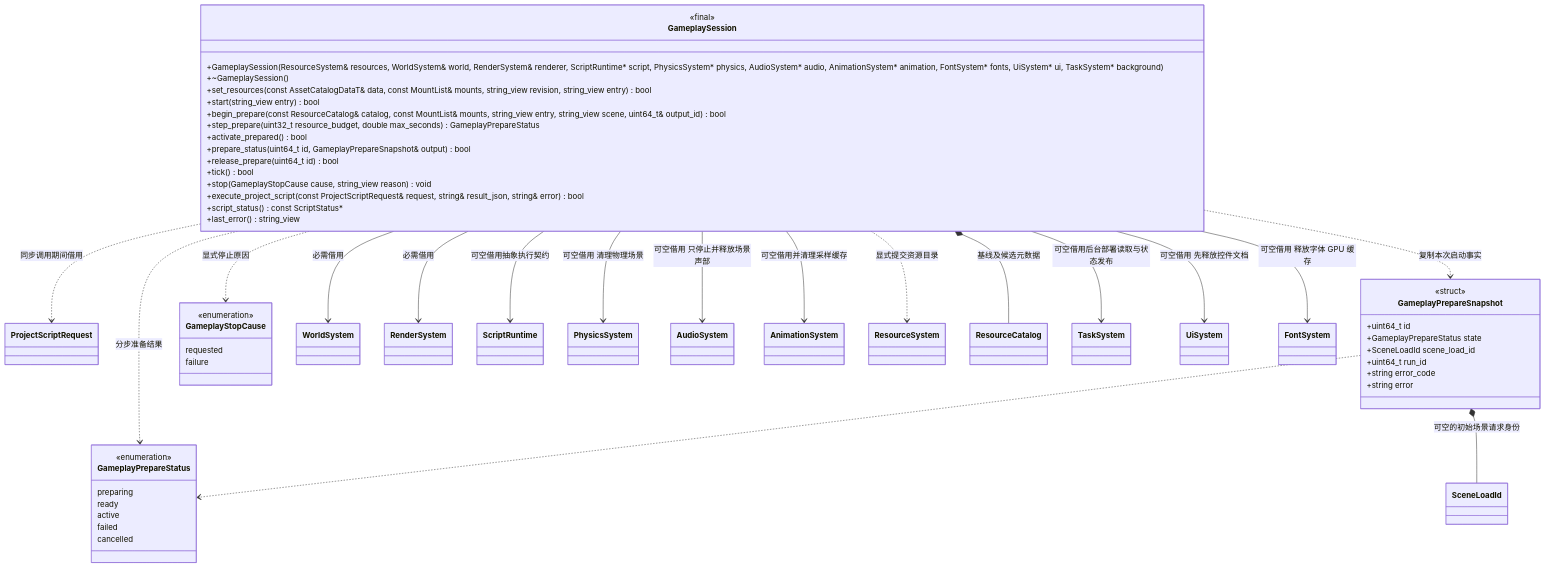
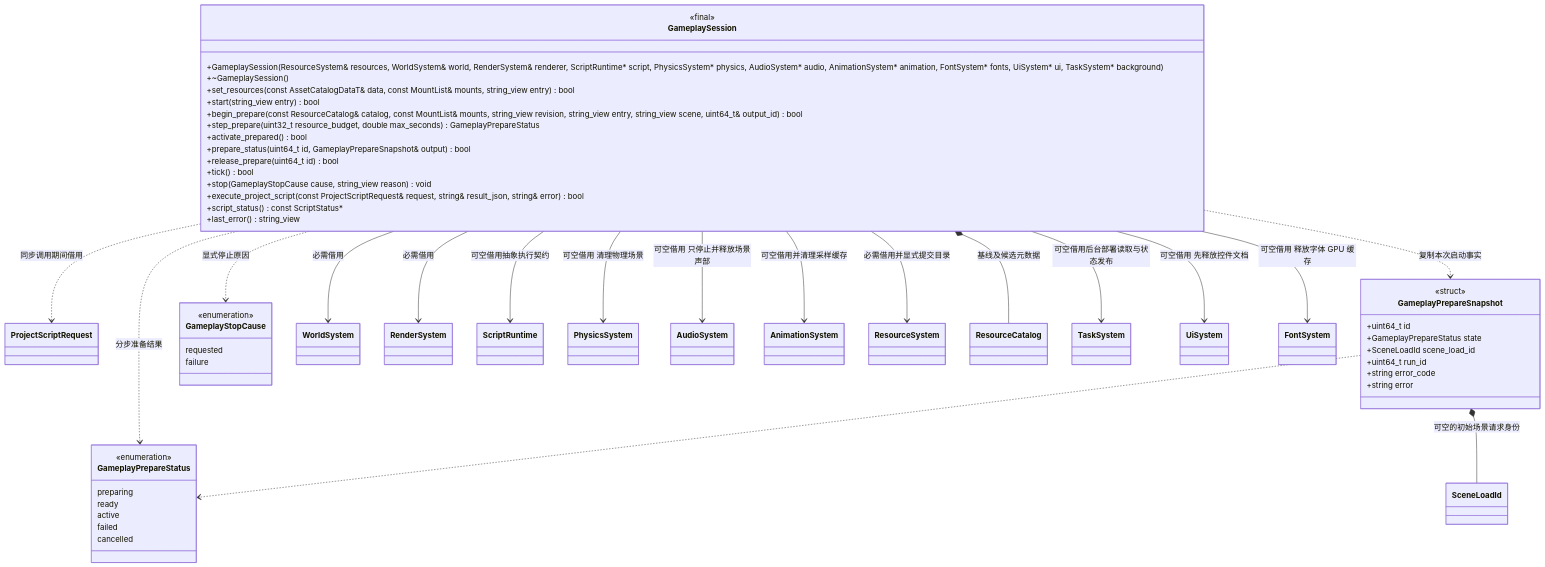
The first of 2 diagrams in docs/runtime/class-diagrams/gameplay-session.md (lcals/Engine), drawn with Mermaid before and after one commit. The commit also changed other lines of this file and 17 other files, not shown here.

````diff
--- a/docs/runtime/class-diagrams/gameplay-session.md
+++ b/docs/runtime/class-diagrams/gameplay-session.md
@@ -14,70 +14,70 @@
 ```mermaid
 classDiagram
     class ProjectScriptRequest
     GameplaySession ..> ProjectScriptRequest : 同步调用期间借用
     class GameplaySession {
         <<final>>
         +GameplaySession(ResourceSystem& resources, WorldSystem& world, RenderSystem& renderer, ScriptRuntime#42; script, PhysicsSystem#42; physics, AudioSystem#42; audio, AnimationSystem#42; animation, FontSystem#42; fonts, UiSystem#42; ui, TaskSystem#42; background)
         +~GameplaySession()
-        +set_resources(const AssetCatalogDataT& data, const MountList& mounts, string_view revision, string_view entry) bool
+        +set_resources(const AssetCatalogDataT& data, const MountList& mounts, string_view entry) bool
         +start(string_view entry) bool
-        +begin_prepare(const ResourceCatalog& catalog, const MountList& mounts, string_view entry, string_view scene, uint64_t& output_id) bool
+        +begin_prepare(const ResourceCatalog& catalog, const MountList& mounts, string_view revision, string_view entry, string_view scene, uint64_t& output_id) bool
         +step_prepare(uint32_t resource_budget, double max_seconds) GameplayPrepareStatus
         +activate_prepared() bool
         +prepare_status(uint64_t id, GameplayPrepareSnapshot& output) bool
         +release_prepare(uint64_t id) bool
         +tick() bool
         +stop(GameplayStopCause cause, string_view reason) void
         +execute_project_script(const ProjectScriptRequest& request, string& result_json, string& error) bool
         +script_status() const ScriptStatus#42;
         +last_error() string_view
     }
     class GameplayPrepareStatus {
         <<enumeration>>
         preparing
         ready
         active
         failed
         cancelled
     }
     class GameplayPrepareSnapshot {
         <<struct>>
         +uint64_t id
         +GameplayPrepareStatus state
         +SceneLoadId scene_load_id
         +uint64_t run_id
         +string error_code
         +string error
     }
     class SceneLoadId
     class GameplayStopCause {
         <<enumeration>>
         requested
         failure
     }
     GameplaySession ..> GameplayStopCause : 显式停止原因
     GameplaySession ..> GameplayPrepareSnapshot : 复制本次启动事实
     GameplayPrepareSnapshot ..> GameplayPrepareStatus
     GameplayPrepareSnapshot *-- SceneLoadId : 可空的初始场景请求身份
     GameplaySession ..> GameplayPrepareStatus : 分步准备结果
     class WorldSystem
     class RenderSystem
     class ScriptRuntime
     class PhysicsSystem
     class AudioSystem
     class AnimationSystem
     class ResourceSystem
     class ResourceCatalog
     class TaskSystem
     GameplaySession --> TaskSystem : 可空借用后台部署读取与状态发布
     GameplaySession --> WorldSystem : 必需借用
     GameplaySession --> RenderSystem : 必需借用
     GameplaySession --> ScriptRuntime : 可空借用抽象执行契约
     GameplaySession --> PhysicsSystem : 可空借用 清理物理场景
     GameplaySession --> AnimationSystem : 可空借用并清理采样缓存
     GameplaySession --> AudioSystem : 可空借用 只停止并释放场景声部
     GameplaySession --> UiSystem : 可空借用 先释放控件文档
     GameplaySession --> FontSystem : 可空借用 释放字体 GPU 缓存
-    GameplaySession ..> ResourceSystem : 显式提交资源目录
+    GameplaySession --> ResourceSystem : 必需借用并显式提交目录
     GameplaySession *-- ResourceCatalog : 基线及候选元数据
 ```
````
